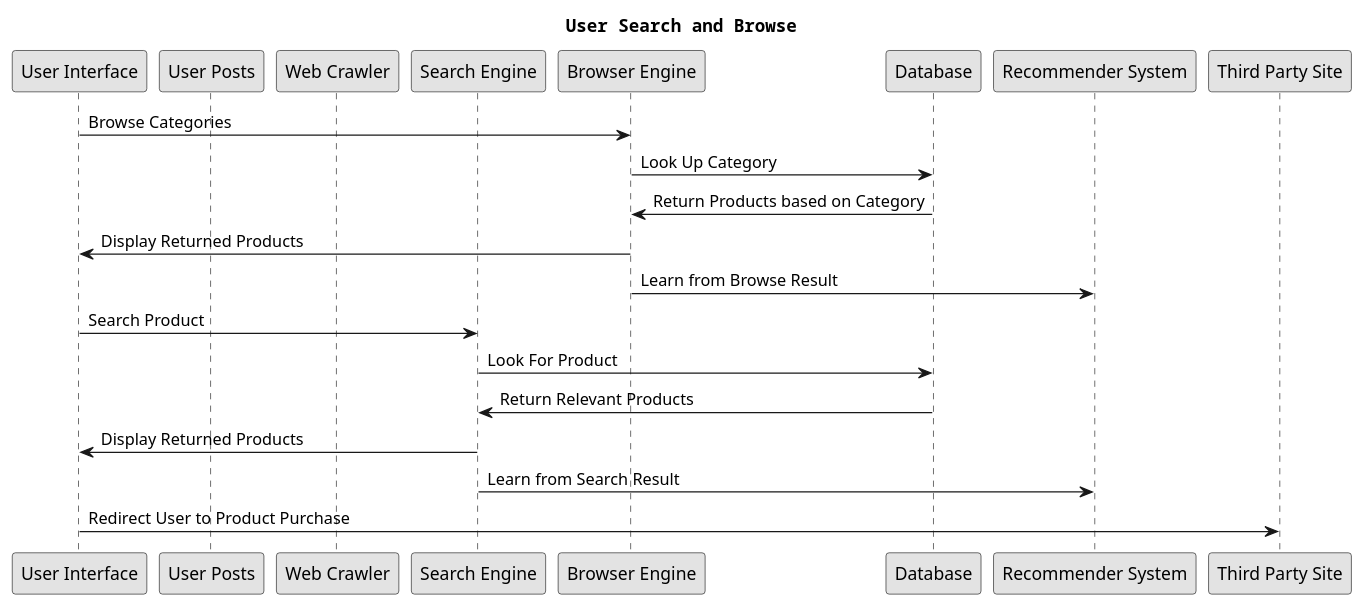
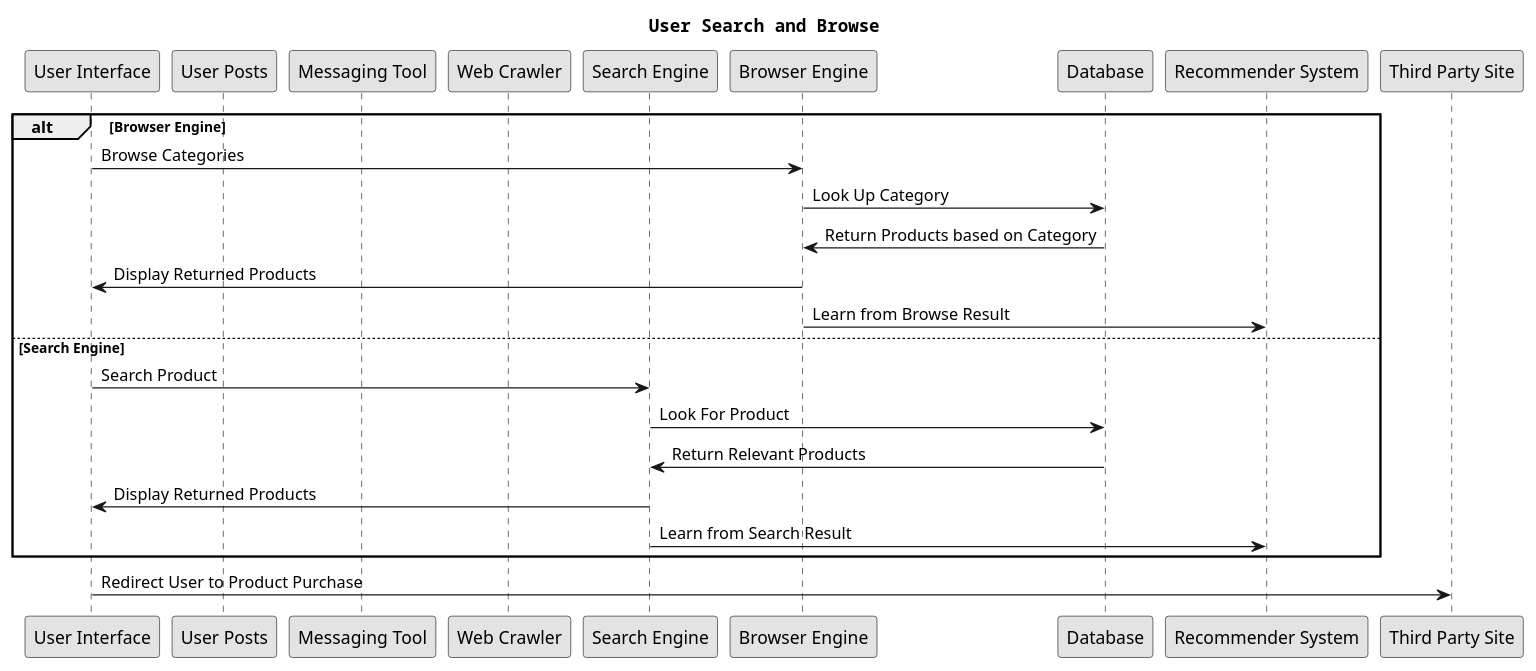
Before and after one commit to USI-MSDE-SA-2022/software-architecture-model-tommi27: diagram 14 of 16 in src/sa/model/index.md, drawn with PlantUML. The commit also changed other lines of this file and 4 other files, not shown here.

````diff
--- a/src/sa/model/index.md
+++ b/src/sa/model/index.md
@@ -766,31 +767,37 @@
 ```puml
 @startuml
 title User Search and Browse
 
 participant "User Interface" as UI
 participant "User Posts" as UP
+participant "Messaging Tool" as MT
 participant "Web Crawler" as WC
 participant "Search Engine" as SE
 participant "Browser Engine" as BE
 participant "Database" as DB
 participant "Recommender System" as RS
 participant "Third Party Site" as TPS
 
+alt Browser Engine
 UI -> BE: Browse Categories
 BE -> DB: Look Up Category
 DB -> BE: Return Products based on Category
 BE -> UI: Display Returned Products
 BE -> RS: Learn from Browse Result
+
+else Search Engine
 UI -> SE: Search Product
 SE -> DB: Look For Product
 DB -> SE: Return Relevant Products
 SE -> UI: Display Returned Products
 SE -> RS: Learn from Search Result
+end
+
 UI -> TPS: Redirect User to Product Purchase
 
 
 skinparam monochrome true
 skinparam shadowing false
 skinparam defaultFontName Courier
 @enduml
 ```
````
